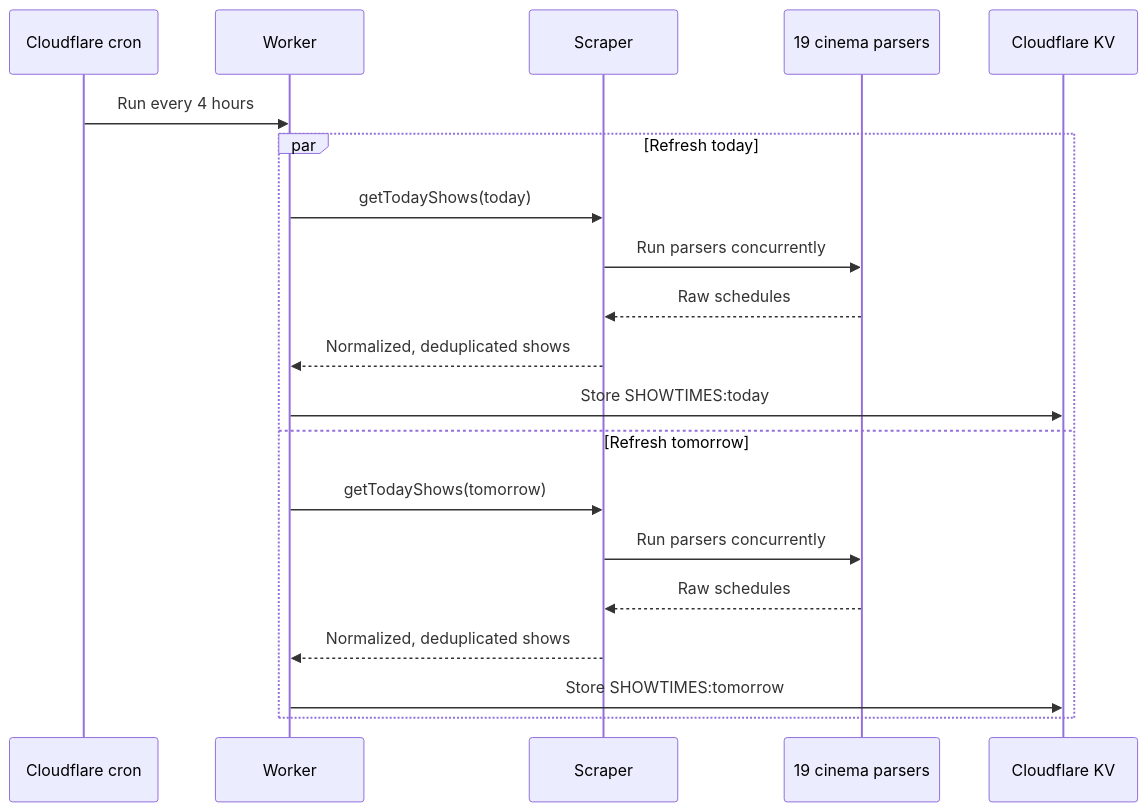
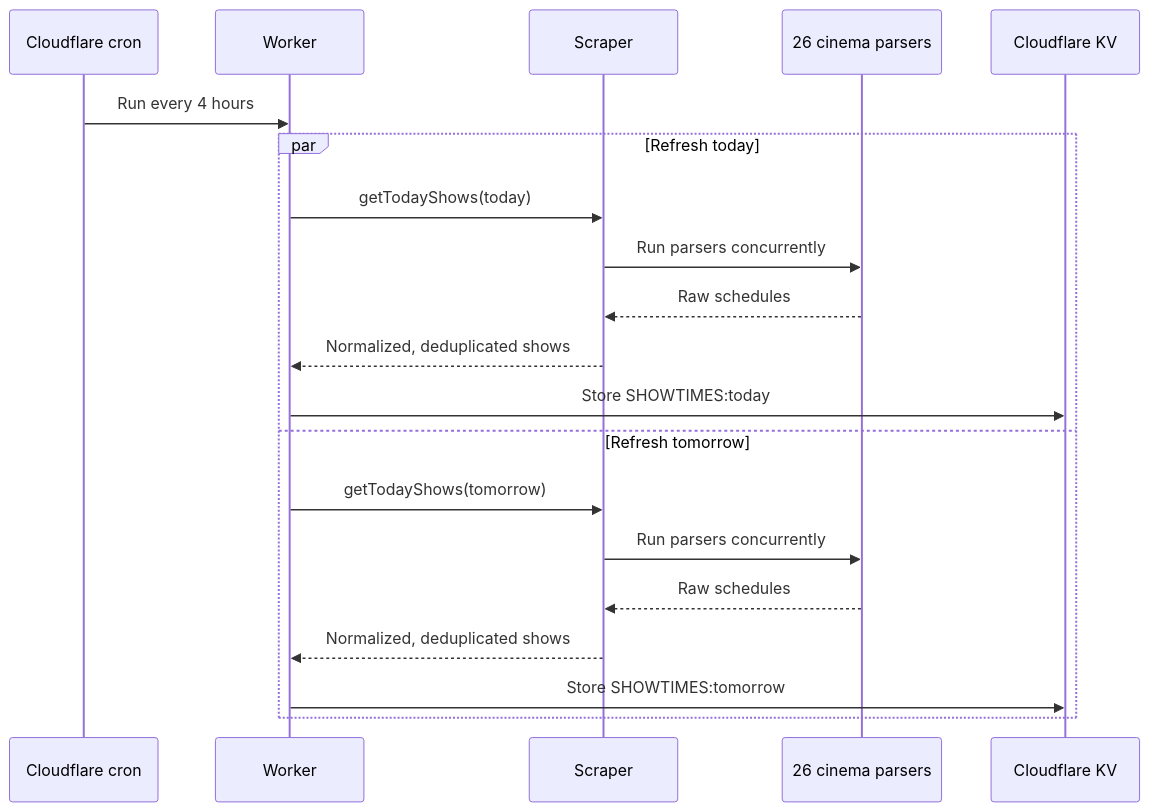
Before and after one commit to herol3oy/kinoradar: the second of 2 diagrams in README.md, drawn with Mermaid. The commit also changed other lines of this file and 11 other files, not shown here.

````diff
--- a/README.md
+++ b/README.md
@@ -51,23 +51,23 @@
 ```mermaid
 sequenceDiagram
     participant C as Cloudflare cron
     participant W as Worker
     participant S as Scraper
-    participant P as 19 cinema parsers
+    participant P as 26 cinema parsers
     participant K as Cloudflare KV
 
     C->>W: Run every 4 hours
     par Refresh today
         W->>S: getTodayShows(today)
         S->>P: Run parsers concurrently
         P-->>S: Raw schedules
         S-->>W: Normalized, deduplicated shows
         W->>K: Store SHOWTIMES:today
     and Refresh tomorrow
         W->>S: getTodayShows(tomorrow)
         S->>P: Run parsers concurrently
         P-->>S: Raw schedules
         S-->>W: Normalized, deduplicated shows
         W->>K: Store SHOWTIMES:tomorrow
     end
 ```
````
